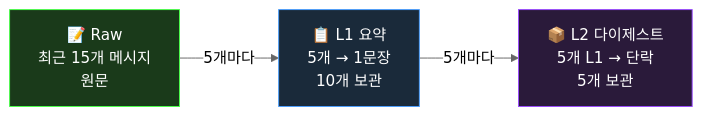
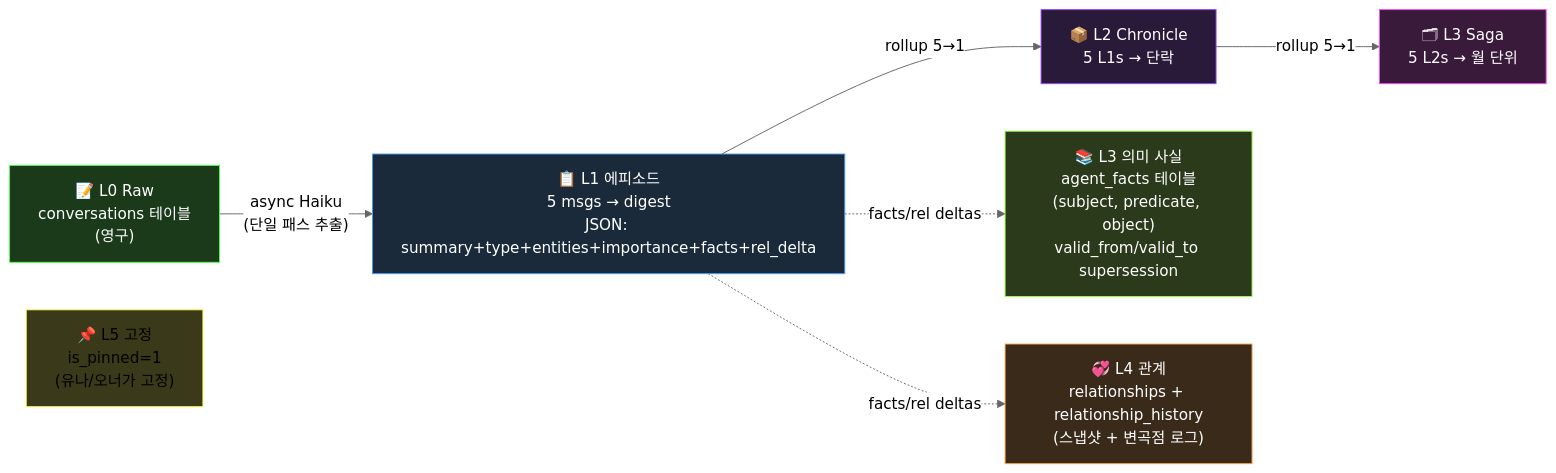
The third of 4 diagrams in README.ko.md (je-empty/Glimi), drawn with Mermaid (neutral theme) before and after one commit. The commit also changed other lines of this file and 2 other files, not shown here.

````diff
--- a/README.ko.md
+++ b/README.ko.md
@@ -222,13 +226,23 @@
 ```mermaid
 graph LR
-    Raw["📝 Raw\n최근 15개 메시지\n원문"]
-    L1["📋 L1 요약\n5개 → 1문장\n10개 보관"]
-    L2["📦 L2 다이제스트\n5개 L1 → 단락\n5개 보관"]
+    L0["📝 L0 Raw\nconversations 테이블\n(영구)"]
+    L1["📋 L1 에피소드\n5 msgs → digest\nJSON: summary+type+entities+importance+facts+rel_delta"]
+    L2["📦 L2 Chronicle\n5 L1s → 단락"]
+    L3["🗂 L3 Saga\n5 L2s → 월 단위"]
+    Facts["📚 L3 의미 사실\nagent_facts 테이블\n(subject, predicate, object)\nvalid_from/valid_to supersession"]
+    Rel["💞 L4 관계\nrelationships + relationship_history\n(스냅샷 + 변곡점 로그)"]
+    Pin["📌 L5 고정\nis_pinned=1\n(유나/오너가 고정)"]
 
-    Raw -->|"5개마다"| L1
-    L1 -->|"5개마다"| L2
+    L0 -->|"async Haiku\n(단일 패스 추출)"| L1
+    L1 -->|"rollup 5→1"| L2
+    L2 -->|"rollup 5→1"| L3
+    L1 -.->|"facts/rel deltas"| Facts & Rel
 
-    style Raw fill:#1a3a1a,stroke:#4aff4a,color:#fff
+    style L0 fill:#1a3a1a,stroke:#4aff4a,color:#fff
     style L1 fill:#1a2a3a,stroke:#4a9eff,color:#fff
     style L2 fill:#2a1a3a,stroke:#9a4aff,color:#fff
+    style L3 fill:#3a1a3a,stroke:#ff4aff,color:#fff
+    style Facts fill:#2a3a1a,stroke:#9aff4a,color:#fff
+    style Rel fill:#3a2a1a,stroke:#ffaa4a,color:#fff
+    style Pin fill:#3a3a1a,stroke:#ffff4a,color:#000
 ```
````
